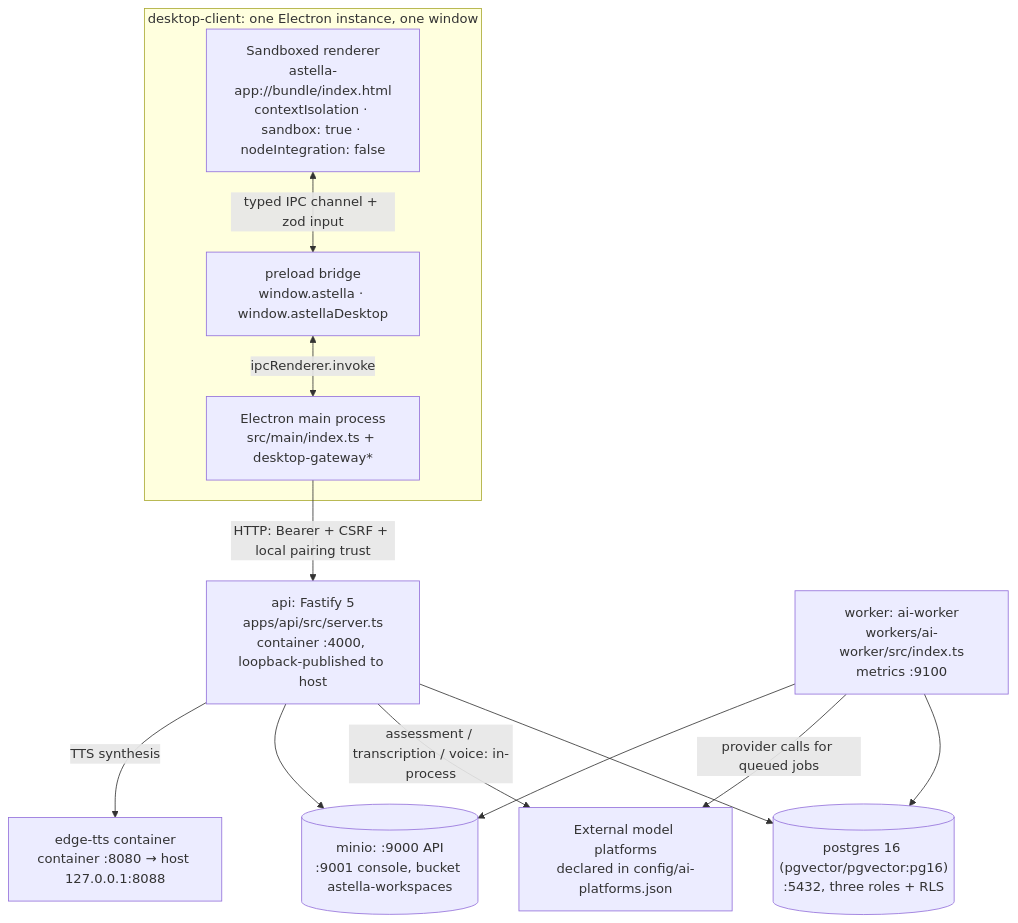
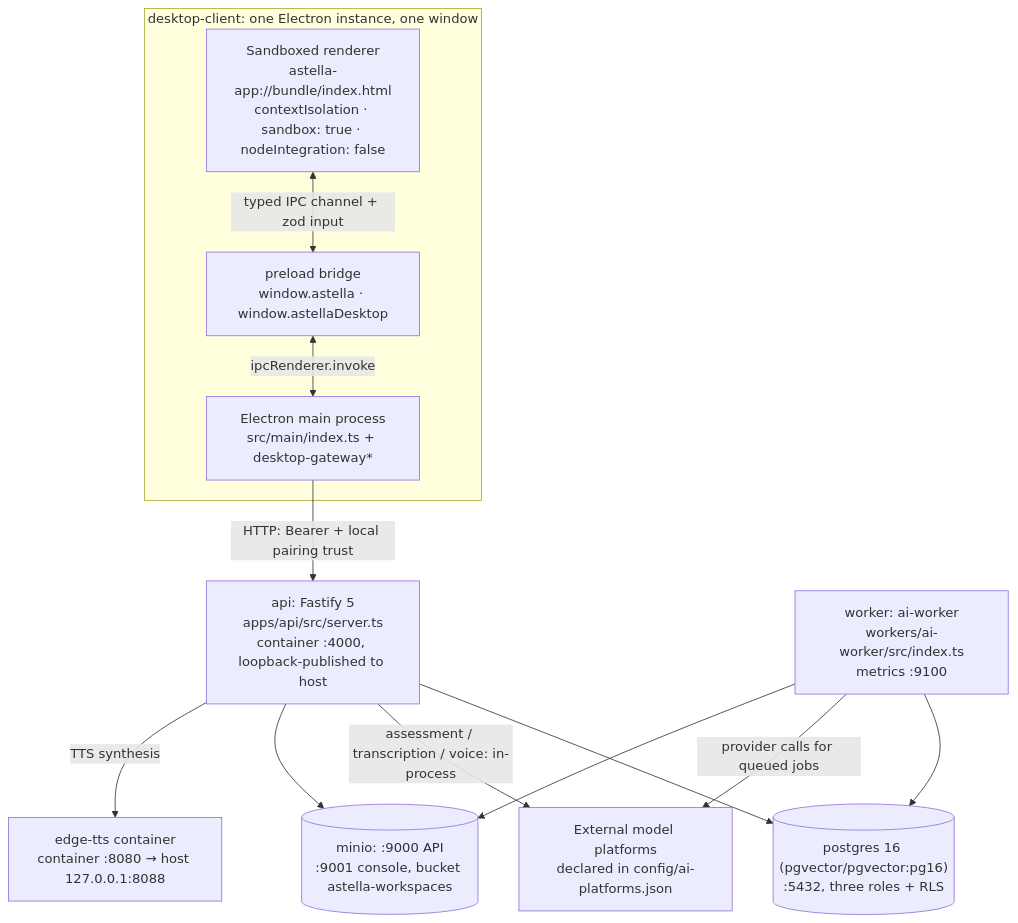
Before and after one commit to asklins223/Astella: the first of 2 diagrams in docs/guide/en/architecture.md, drawn with Mermaid. The commit also changed other lines of this file and 20 other files, not shown here.

````diff
--- a/docs/guide/en/architecture.md
+++ b/docs/guide/en/architecture.md
@@ -24,26 +24,26 @@
 ```mermaid
 flowchart TB
   subgraph client["desktop-client: one Electron instance, one window"]
     REN["Sandboxed renderer<br/>astella-app://bundle/index.html<br/>contextIsolation · sandbox: true · nodeIntegration: false"]
     PRE["preload bridge<br/>window.astella · window.astellaDesktop"]
     MAIN["Electron main process<br/>src/main/index.ts + desktop-gateway*"]
     REN <-->|"typed IPC channel + zod input"| PRE
     PRE <-->|"ipcRenderer.invoke"| MAIN
   end
 
   API["api: Fastify 5<br/>apps/api/src/server.ts<br/>container :4000, loopback-published to host"]
   WK["worker: ai-worker<br/>workers/ai-worker/src/index.ts<br/>metrics :9100"]
   PG[("postgres 16 (pgvector/pgvector:pg16)<br/>:5432, three roles + RLS")]
   MINIO[("minio: :9000 API<br/>:9001 console, bucket astella-workspaces")]
   TTS["edge-tts container<br/>container :8080 → host 127.0.0.1:8088"]
   LLM["External model platforms<br/>declared in config/ai-platforms.json"]
 
-  MAIN -->|"HTTP: Bearer + CSRF + local pairing trust"| API
+  MAIN -->|"HTTP: Bearer + local pairing trust"| API
   API --> PG
   WK --> PG
   API -->|"assessment / transcription / voice: in-process"| LLM
   WK -->|"provider calls for queued jobs"| LLM
   API --> MINIO
   WK --> MINIO
   API -->|"TTS synthesis"| TTS
 ```
````
